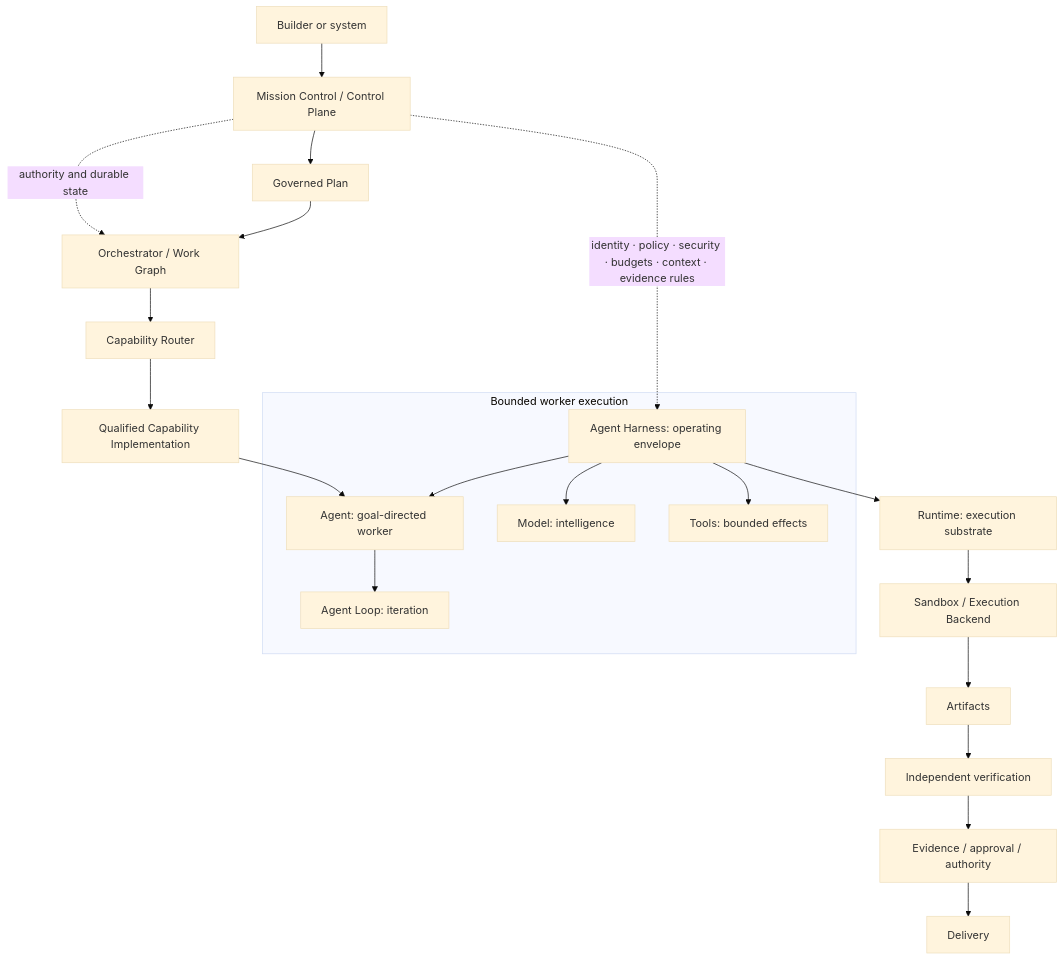
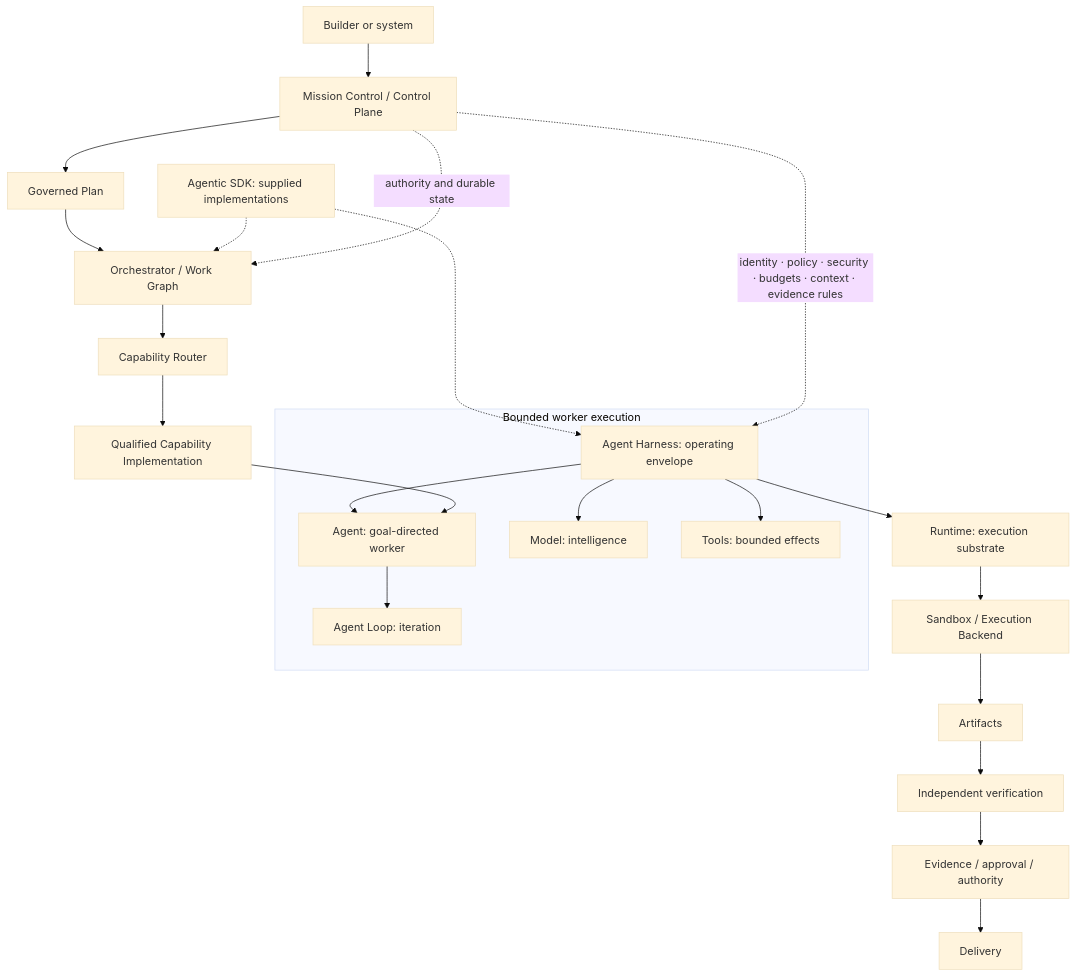
One commit to jaydubya818/ai-software-factory-mastery changed the diagram in guide/appendix/execution-boundaries-and-terminology.md. Above: the diagram before and after it, drawn with Mermaid (base theme). The commit also changed other lines of this file and 6 other files, not shown here.

Commit message:
docs: define the agentic SDK boundary

````diff
--- a/guide/appendix/execution-boundaries-and-terminology.md
+++ b/guide/appendix/execution-boundaries-and-terminology.md
@@ -246,23 +313,25 @@
 ```mermaid
 flowchart TB
     Builder["Builder or system"] --> CP["Mission Control / Control Plane"]
     CP --> Plan["Governed Plan"]
     Plan --> Orch["Orchestrator / Work Graph"]
     Orch --> Router["Capability Router"]
     Router --> Impl["Qualified Capability Implementation"]
+    SDK["Agentic SDK: supplied implementations"] -.-> Harness
+    SDK -.-> Orch
     subgraph Worker["Bounded worker execution"]
         Harness["Agent Harness: operating envelope"] --> Agent["Agent: goal-directed worker"]
         Harness --> Model["Model: intelligence"]
         Harness --> Tools["Tools: bounded effects"]
         Agent --> Loop["Agent Loop: iteration"]
     end
     Impl --> Agent
     Harness --> Runtime["Runtime: execution substrate"]
     Runtime --> Sandbox["Sandbox / Execution Backend"]
     Sandbox --> Artifacts["Artifacts"]
     Artifacts --> Verify["Independent verification"]
     Verify --> Decision["Evidence / approval / authority"]
     Decision --> Delivery["Delivery"]
     CP -.->|"identity · policy · security · budgets · context · evidence rules"| Harness
     CP -.->|"authority and durable state"| Orch
 ```
````
